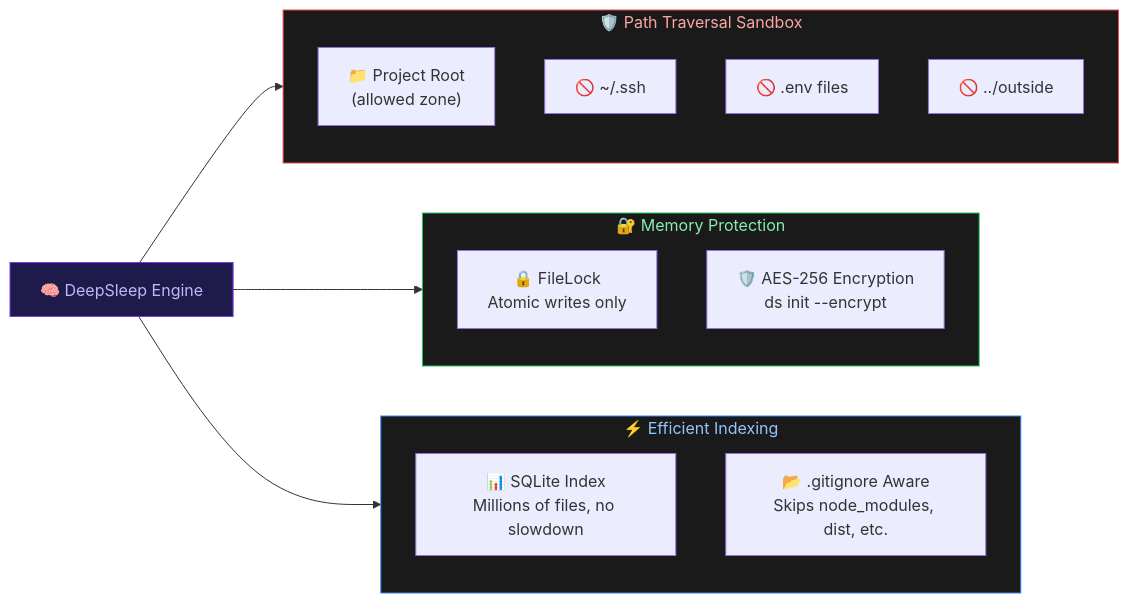
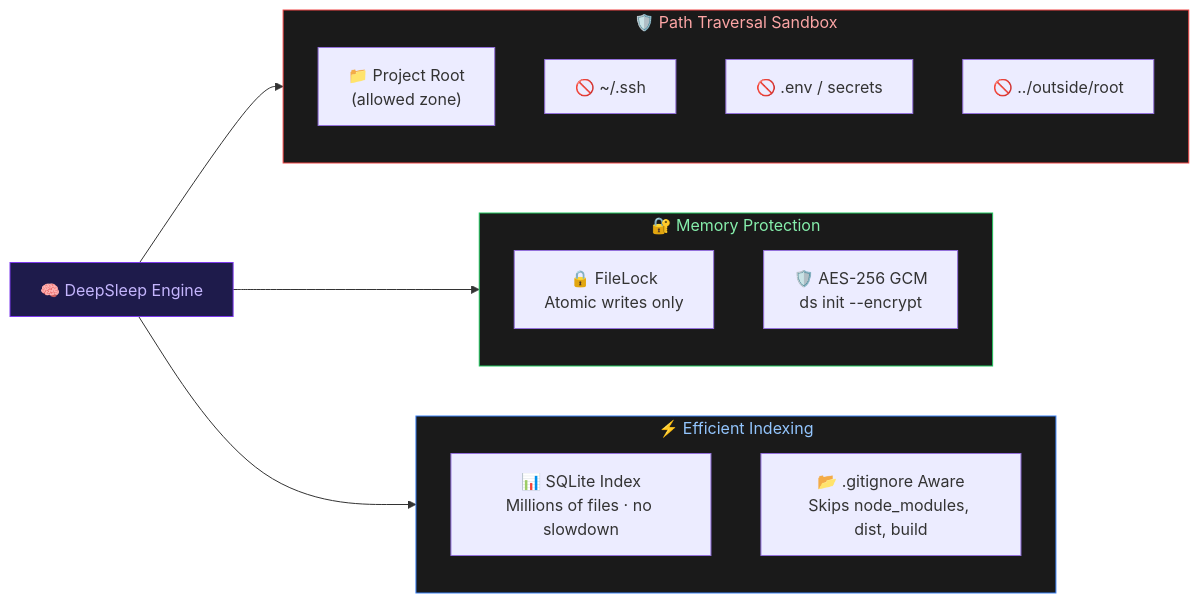
The fourth of 6 diagrams in README.md (Keshavsharma-code/DeepSleep-beta), drawn with Mermaid before and after one commit. The commit also changed other lines of this file and 8 other files, not shown here.

````diff
--- a/README.md
+++ b/README.md
@@ -105,31 +158,31 @@
 ```mermaid
 flowchart LR
     subgraph SANDBOX["🛡️ Path Traversal Sandbox"]
         direction TB
         root["📁 Project Root\n(allowed zone)"]
         blocked1["🚫 ~/.ssh"]
-        blocked2["🚫 .env files"]
-        blocked3["🚫 ../outside"]
+        blocked2["🚫 .env / secrets"]
+        blocked3["🚫 ../outside/root"]
     end
 
     subgraph MEMORY["🔐 Memory Protection"]
         direction TB
         lock["🔒 FileLock\nAtomic writes only"]
-        enc["🛡️ AES-256 Encryption\nds init --encrypt"]
+        enc["🛡️ AES-256 GCM\nds init --encrypt"]
     end
 
     subgraph INDEXING["⚡ Efficient Indexing"]
         direction TB
-        sqlite["📊 SQLite Index\nMillions of files, no slowdown"]
-        gitignore["📂 .gitignore Aware\nSkips node_modules, dist, etc."]
+        sqlite["📊 SQLite Index\nMillions of files · no slowdown"]
+        gitignore["📂 .gitignore Aware\nSkips node_modules, dist, build"]
     end
 
     DS["🧠 DeepSleep Engine"] --> SANDBOX
     DS --> MEMORY
     DS --> INDEXING
 
     style DS fill:#1e1b4b,color:#c4b5fd,stroke:#7c3aed
     style SANDBOX fill:#1a1a1a,color:#fca5a5,stroke:#ef4444
     style MEMORY fill:#1a1a1a,color:#86efac,stroke:#22c55e
     style INDEXING fill:#1a1a1a,color:#93c5fd,stroke:#3b82f6
 ```
````
